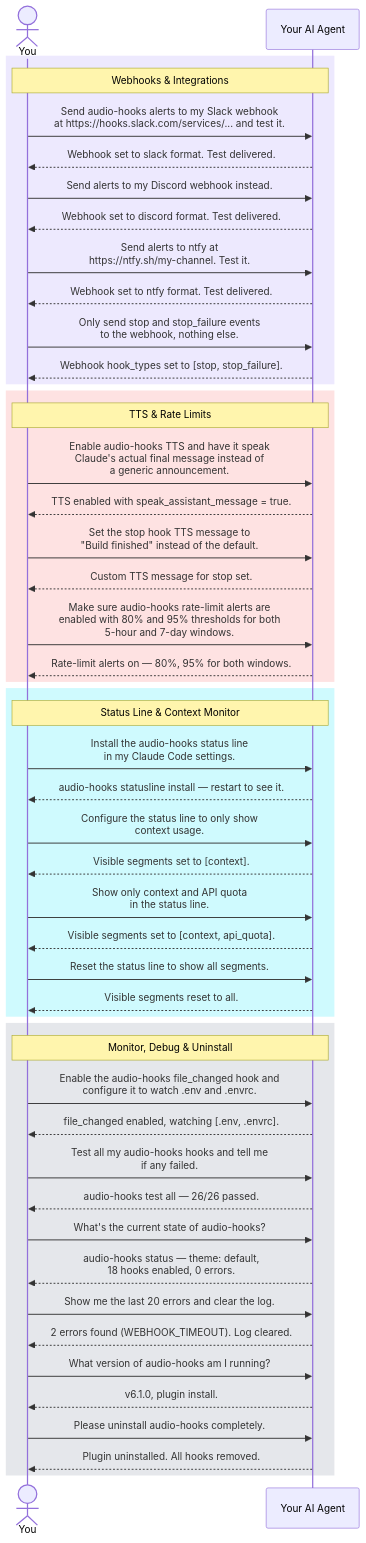
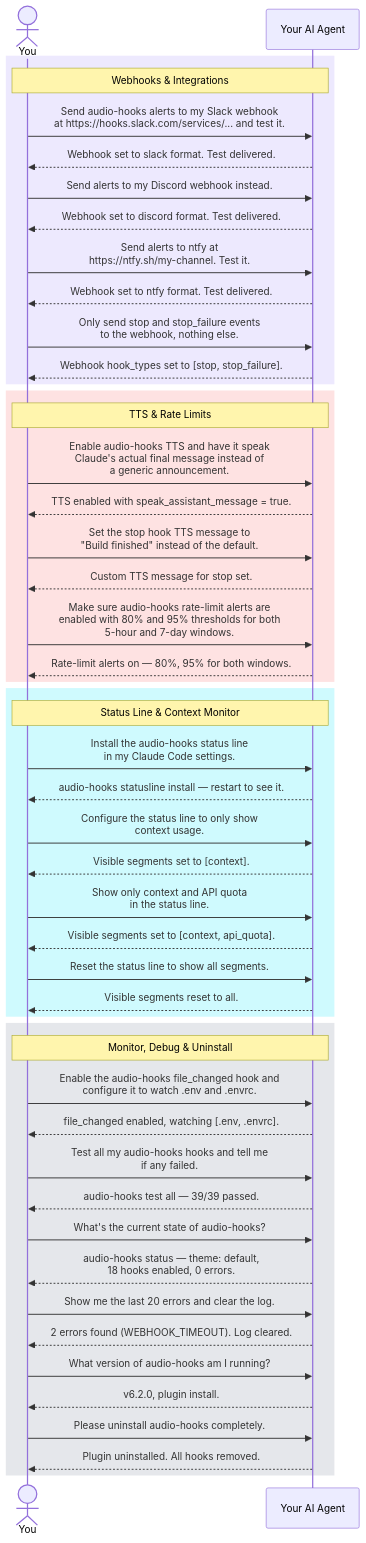
Before and after one commit to ChanMeng666/echook: the fourth of 9 diagrams in README.md, drawn with Mermaid. The commit also changed other lines of this file and 76 other files, not shown here.

````diff
--- a/README.md
+++ b/README.md
@@ -387,55 +398,55 @@
 ```mermaid
 sequenceDiagram
     actor You as You
     participant CC as Your AI Agent
 
     rect rgb(237, 233, 254)
     Note over You,CC: Webhooks & Integrations
     You->>CC: Send audio-hooks alerts to my Slack webhook<br/>at https://hooks.slack.com/services/... and test it.
     CC-->>You: Webhook set to slack format. Test delivered.
     You->>CC: Send alerts to my Discord webhook instead.
     CC-->>You: Webhook set to discord format. Test delivered.
     You->>CC: Send alerts to ntfy at<br/>https://ntfy.sh/my-channel. Test it.
     CC-->>You: Webhook set to ntfy format. Test delivered.
     You->>CC: Only send stop and stop_failure events<br/>to the webhook, nothing else.
     CC-->>You: Webhook hook_types set to [stop, stop_failure].
     end
 
     rect rgb(254, 226, 226)
     Note over You,CC: TTS & Rate Limits
     You->>CC: Enable audio-hooks TTS and have it speak<br/>Claude's actual final message instead of<br/>a generic announcement.
     CC-->>You: TTS enabled with speak_assistant_message = true.
     You->>CC: Set the stop hook TTS message to<br/>"Build finished" instead of the default.
     CC-->>You: Custom TTS message for stop set.
     You->>CC: Make sure audio-hooks rate-limit alerts are<br/>enabled with 80% and 95% thresholds for both<br/>5-hour and 7-day windows.
     CC-->>You: Rate-limit alerts on — 80%, 95% for both windows.
     end
 
     rect rgb(207, 250, 254)
     Note over You,CC: Status Line & Context Monitor
     You->>CC: Install the audio-hooks status line<br/>in my Claude Code settings.
     CC-->>You: audio-hooks statusline install — restart to see it.
     You->>CC: Configure the status line to only show<br/>context usage.
     CC-->>You: Visible segments set to [context].
     You->>CC: Show only context and API quota<br/>in the status line.
     CC-->>You: Visible segments set to [context, api_quota].
     You->>CC: Reset the status line to show all segments.
     CC-->>You: Visible segments reset to all.
     end
 
     rect rgb(229, 231, 235)
     Note over You,CC: Monitor, Debug & Uninstall
     You->>CC: Enable the audio-hooks file_changed hook and<br/>configure it to watch .env and .envrc.
     CC-->>You: file_changed enabled, watching [.env, .envrc].
     You->>CC: Test all my audio-hooks hooks and tell me<br/>if any failed.
-    CC-->>You: audio-hooks test all — 26/26 passed.
+    CC-->>You: audio-hooks test all — 39/39 passed.
     You->>CC: What's the current state of audio-hooks?
     CC-->>You: audio-hooks status — theme: default,<br/>18 hooks enabled, 0 errors.
     You->>CC: Show me the last 20 errors and clear the log.
     CC-->>You: 2 errors found (WEBHOOK_TIMEOUT). Log cleared.
     You->>CC: What version of audio-hooks am I running?
-    CC-->>You: v6.1.0, plugin install.
+    CC-->>You: v6.2.0, plugin install.
     You->>CC: Please uninstall audio-hooks completely.
     CC-->>You: Plugin uninstalled. All hooks removed.
     end
 ```
````
